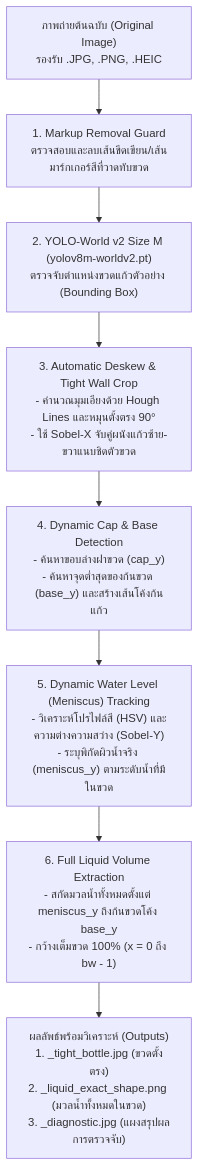
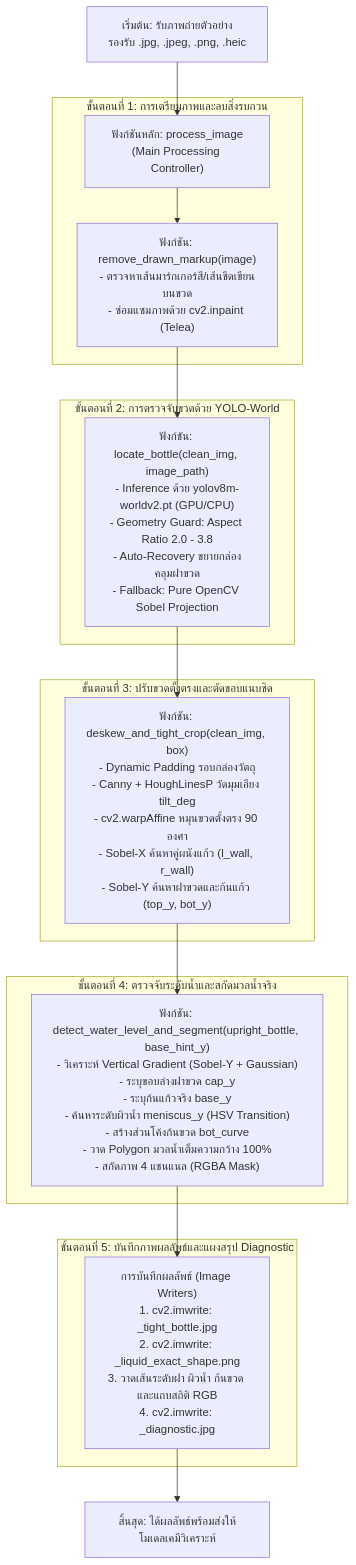
One commit to 67160213-ux/water_girlfriend changed the diagram in สิ่งที่ตรวจจับ.md. Above: the diagram before and after it, drawn with Mermaid. The commit also changed other lines of this file, not shown here.

Commit message:
docs: update สิ่งที่ตรวจจับ.md with full pipeline flowchart and function specifications

````diff
--- a/สิ่งที่ตรวจจับ.md
+++ b/สิ่งที่ตรวจจับ.md
@@ -32,10 +34,26 @@
 ```mermaid
 flowchart TD
-    A["ภาพถ่ายต้นฉบับ (Original Image)<br/>รองรับ .JPG, .PNG, .HEIC"] --> B["1. Markup Removal Guard<br/>ตรวจสอบและลบเส้นขีดเขียน/เส้นมาร์กเกอร์สีที่วาดทับขวด"]
-    B --> C["2. YOLO-World v2 Size M (yolov8m-worldv2.pt)<br/>ตรวจจับตำแหน่งขวดแก้วตัวอย่าง (Bounding Box)"]
-    C --> D["3. Automatic Deskew & Tight Wall Crop<br/>- คำนวณมุมเอียงด้วย Hough Lines และหมุนตั้งตรง 90°<br/>- ใช้ Sobel-X จับคู่ผนังแก้วซ้าย-ขวาแนบชิดตัวขวด"]
-    D --> E["4. Dynamic Cap & Base Detection<br/>- ค้นหาขอบล่างฝาขวด (cap_y)<br/>- ค้นหาจุดต่ำสุดของก้นขวด (base_y) และสร้างเส้นโค้งก้นแก้ว"]
-    E --> F["5. Dynamic Water Level (Meniscus) Tracking<br/>- วิเคราะห์โปรไฟล์สี (HSV) และความต่างความสว่าง (Sobel-Y)<br/>- ระบุพิกัดผิวน้ำจริง (meniscus_y) ตามระดับน้ำที่มีในขวด"]
-    F --> G["6. Full Liquid Volume Extraction<br/>- สกัดมวลน้ำทั้งหมดตั้งแต่ meniscus_y ถึงก้นขวดโค้ง base_y<br/>- กว้างเต็มขวด 100% (x = 0 ถึง bw - 1)"]
-    G --> H["ผลลัพธ์พร้อมวิเคราะห์ (Outputs)<br/>1. _tight_bottle.jpg (ขวดตั้งตรง)<br/>2. _liquid_exact_shape.png (มวลน้ำทั้งหมดในขวด)<br/>3. _diagnostic.jpg (แผงสรุปผลการตรวจจับ)"]
+    Start["เริ่มต้น: รับภาพถ่ายตัวอย่าง<br/>รองรับ .jpg, .jpeg, .png, .heic"] --> F_Main["ฟังก์ชันหลัก: process_image<br/>(Main Processing Controller)"]
+    
+    subgraph Step1["ขั้นตอนที่ 1: การเตรียมภาพและลบสิ่งรบกวน"]
+        F_Main --> F1["ฟังก์ชัน: remove_drawn_markup(image)<br/>- ตรวจหาเส้นมาร์กเกอร์สี/เส้นขีดเขียนบนขวด<br/>- ซ่อมแซมภาพด้วย cv2.inpaint (Telea)"]
+    end
+
+    subgraph Step2["ขั้นตอนที่ 2: การตรวจจับขวดด้วย YOLO-World"]
+        F1 --> F2["ฟังก์ชัน: locate_bottle(clean_img, image_path)<br/>- Inference ด้วย yolov8m-worldv2.pt (GPU/CPU)<br/>- Geometry Guard: Aspect Ratio 2.0 - 3.8<br/>- Auto-Recovery ขยายกล่องคลุมฝาขวด<br/>- Fallback: Pure OpenCV Sobel Projection"]
+    end
+
+    subgraph Step3["ขั้นตอนที่ 3: ปรับขวดตั้งตรงและตัดขอบแนบชิด"]
+        F2 --> F3["ฟังก์ชัน: deskew_and_tight_crop(clean_img, box)<br/>- Dynamic Padding รอบกล่องวัตถุ<br/>- Canny + HoughLinesP วัดมุมเอียง tilt_deg<br/>- cv2.warpAffine หมุนขวดตั้งตรง 90 องศา<br/>- Sobel-X ค้นหาคู่ผนังแก้ว (l_wall, r_wall)<br/>- Sobel-Y ค้นหาฝาขวดและก้นแก้ว (top_y, bot_y)"]
+    end
+
+    subgraph Step4["ขั้นตอนที่ 4: ตรวจจับระดับน้ำและสกัดมวลน้ำจริง"]
+        F3 --> F4["ฟังก์ชัน: detect_water_level_and_segment(upright_bottle, base_hint_y)<br/>- วิเคราะห์ Vertical Gradient (Sobel-Y + Gaussian)<br/>- ระบุขอบล่างฝาขวด cap_y<br/>- ระบุก้นแก้วจริง base_y<br/>- ค้นหาระดับผิวน้ำ meniscus_y (HSV Transition)<br/>- สร้างส่วนโค้งก้นขวด bot_curve<br/>- วาด Polygon มวลน้ำเต็มความกว้าง 100%<br/>- สกัดภาพ 4 แชนแนล (RGBA Mask)"]
+    end
+
+    subgraph Step5["ขั้นตอนที่ 5: บันทึกภาพผลลัพธ์และแผงสรุป Diagnostic"]
+        F4 --> F5["การบันทึกผลลัพธ์ (Image Writers)<br/>1. cv2.imwrite: _tight_bottle.jpg<br/>2. cv2.imwrite: _liquid_exact_shape.png<br/>3. วาดเส้นระดับฝา ผิวน้ำ ก้นขวด และแถบสถิติ RGB<br/>4. cv2.imwrite: _diagnostic.jpg"]
+    end
+
+    F5 --> End["สิ้นสุด: ได้ผลลัพธ์พร้อมส่งให้โมเดลเคมีวิเคราะห์"]
 ```
````
